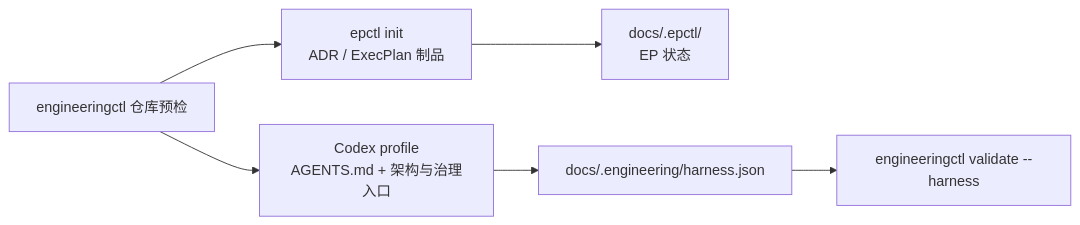
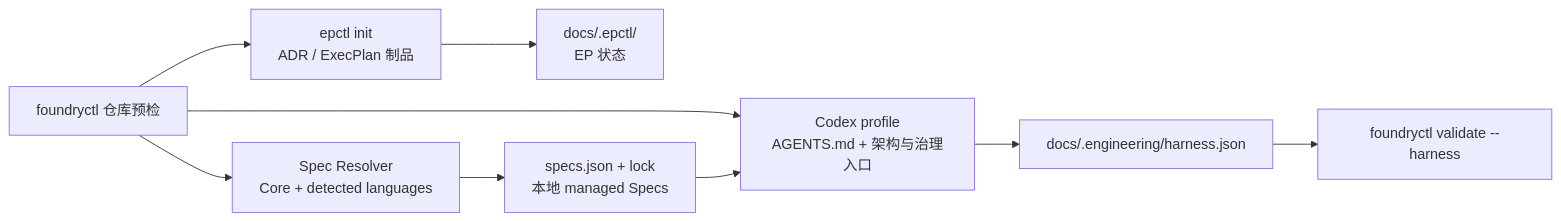
One commit to XiaoWeiKIN/RepoFoundryAI changed the diagram in references/bootstrap.md. Above: the diagram before and after it, drawn with Mermaid. The commit also changed other lines of this file and 52 other files, not shown here.

````diff
--- a/references/bootstrap.md
+++ b/references/bootstrap.md
@@ -9,8 +9,11 @@
 ```mermaid
 flowchart LR
-    P["engineeringctl 仓库预检"] --> I["epctl init<br/>ADR / ExecPlan 制品"]
+    P["foundryctl 仓库预检"] --> I["epctl init<br/>ADR / ExecPlan 制品"]
     P --> C["Codex profile<br/>AGENTS.md + 架构与治理入口"]
+    P --> S["Spec Resolver<br/>Core + detected languages"]
     I --> E["docs/.epctl/<br/>EP 状态"]
     C --> M["docs/.engineering/harness.json"]
-    M --> V["engineeringctl validate --harness"]
+    S --> L["specs.json + lock<br/>本地 managed Specs"]
+    L --> C
+    M --> V["foundryctl validate --harness"]
 ```
````
